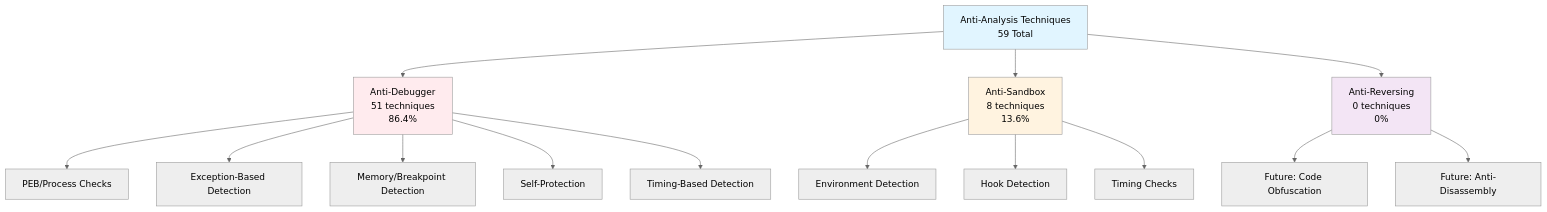
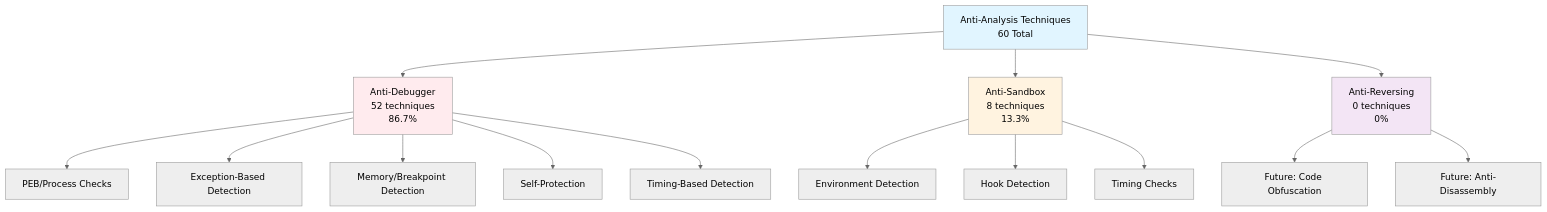
One commit to mabj/anti changed the first of 8 diagrams in docs/diagrams/taxonomy.md. Above: the diagram before and after it, drawn with Mermaid (neutral theme). The commit also changed other lines of this file and 10 other files, not shown here.

Commit message:
Adding new anti-debugger technique AD052 and updating website design.

````diff
--- a/docs/diagrams/taxonomy.md
+++ b/docs/diagrams/taxonomy.md
@@ -7,24 +7,24 @@
 ```mermaid
 graph TB
-    A[Anti-Analysis Techniques<br/>59 Total] --> B[Anti-Debugger<br/>51 techniques<br/>86.4%]
-    A --> C[Anti-Sandbox<br/>8 techniques<br/>13.6%]
+    A[Anti-Analysis Techniques<br/>60 Total] --> B[Anti-Debugger<br/>52 techniques<br/>86.7%]
+    A --> C[Anti-Sandbox<br/>8 techniques<br/>13.3%]
     A --> D[Anti-Reversing<br/>0 techniques<br/>0%]
 
     B --> B1[PEB/Process Checks]
     B --> B2[Exception-Based Detection]
     B --> B3[Memory/Breakpoint Detection]
     B --> B4[Self-Protection]
     B --> B5[Timing-Based Detection]
 
     C --> C1[Environment Detection]
     C --> C2[Hook Detection]
     C --> C3[Timing Checks]
 
     D --> D1[Future: Code Obfuscation]
     D --> D2[Future: Anti-Disassembly]
 
     style A fill:#e1f5ff
     style B fill:#ffebee
     style C fill:#fff3e0
     style D fill:#f3e5f5
 ```
````
